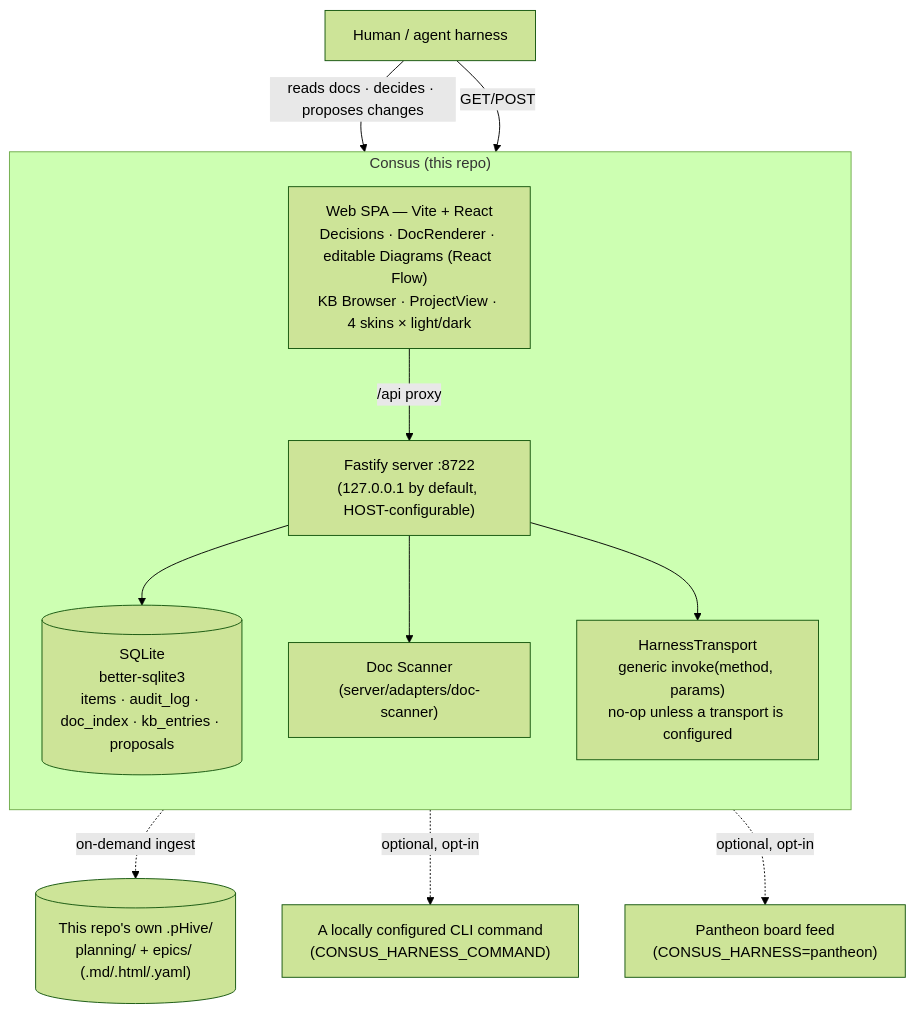
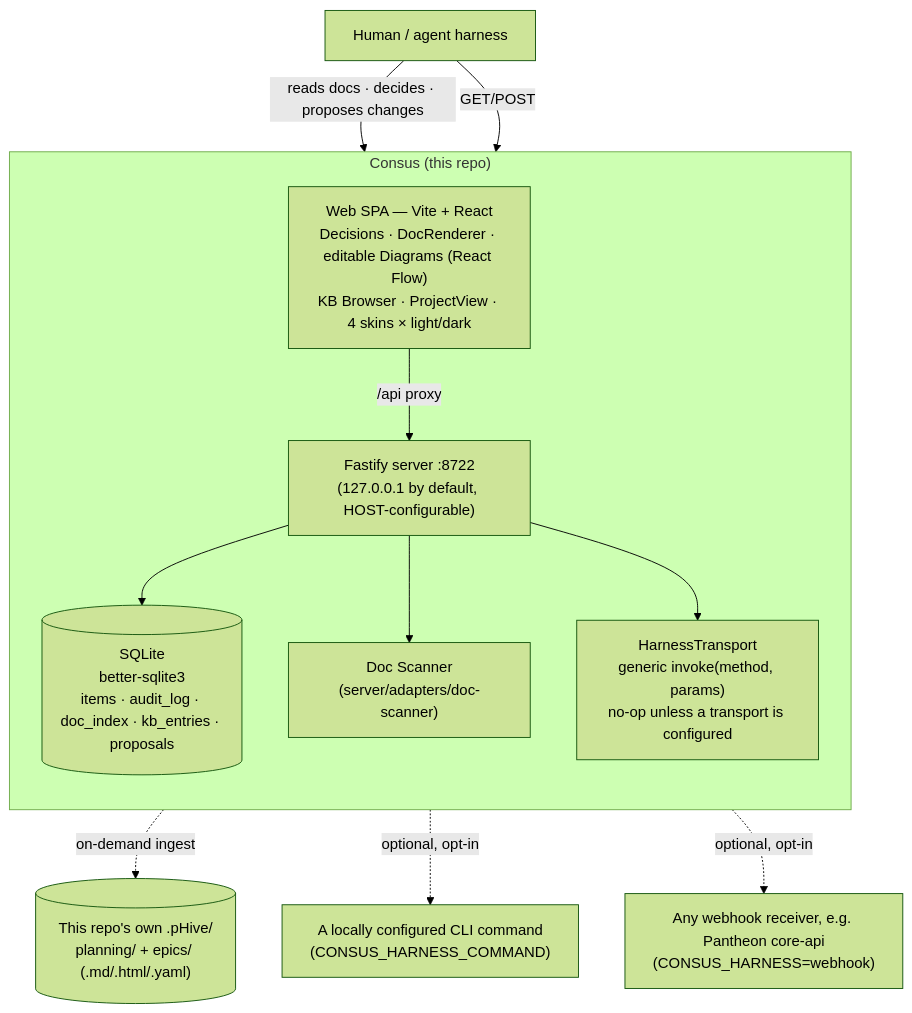
One commit to mdostal/consus changed the diagram in README.md. Above: the diagram before and after it, drawn with Mermaid (forest theme). The commit also changed other lines of this file and 37 other files, not shown here.

First line of the commit message:
refactor(harness): remove the Pantheon transport and pullers (PANT-969)

````diff
--- a/README.md
+++ b/README.md
@@ -32,22 +32,22 @@
 ```mermaid
 flowchart TB
   subgraph Consus["Consus (this repo)"]
     direction TB
     Web["Web SPA — Vite + React<br/>Decisions · DocRenderer · editable Diagrams (React Flow)<br/>KB Browser · ProjectView · 4 skins × light/dark"]
     API["Fastify server :8722<br/>(127.0.0.1 by default, HOST-configurable)"]
     DB[("SQLite<br/>better-sqlite3<br/>items · audit_log · doc_index · kb_entries · proposals")]
     Scanner["Doc Scanner<br/>(server/adapters/doc-scanner)"]
     Harness["HarnessTransport<br/>generic invoke(method, params)<br/>no-op unless a transport is configured"]
     Web -->|/api proxy| API
     API --> DB
     API --> Scanner
     API --> Harness
   end
 
   Scanner -.on-demand ingest.-> Repo[("This repo's own .pHive/<br/>planning/ + epics/ (.md/.html/.yaml)")]
   Harness -.optional, opt-in.-> LocalCmd["A locally configured CLI command<br/>(CONSUS_HARNESS_COMMAND)"]
-  Harness -.optional, opt-in.-> PantheonFeed["Pantheon board feed<br/>(CONSUS_HARNESS=pantheon)"]
+  Harness -.optional, opt-in.-> Webhook["Any webhook receiver, e.g. Pantheon core-api<br/>(CONSUS_HARNESS=webhook)"]
 
   Human["Human / agent harness"] -->|reads docs · decides · proposes changes| Web
   Human -->|GET/POST| API
 ```
````
